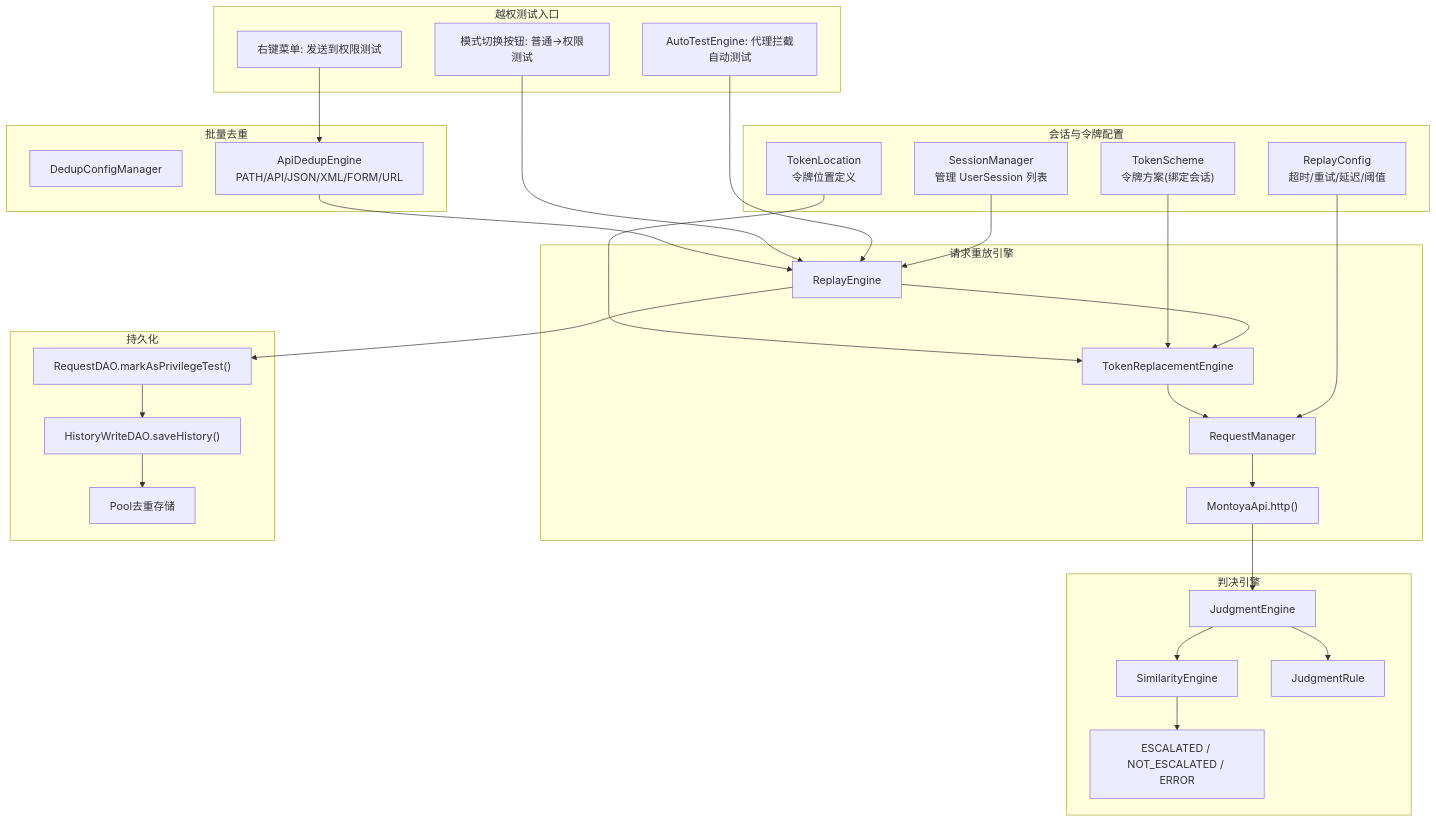
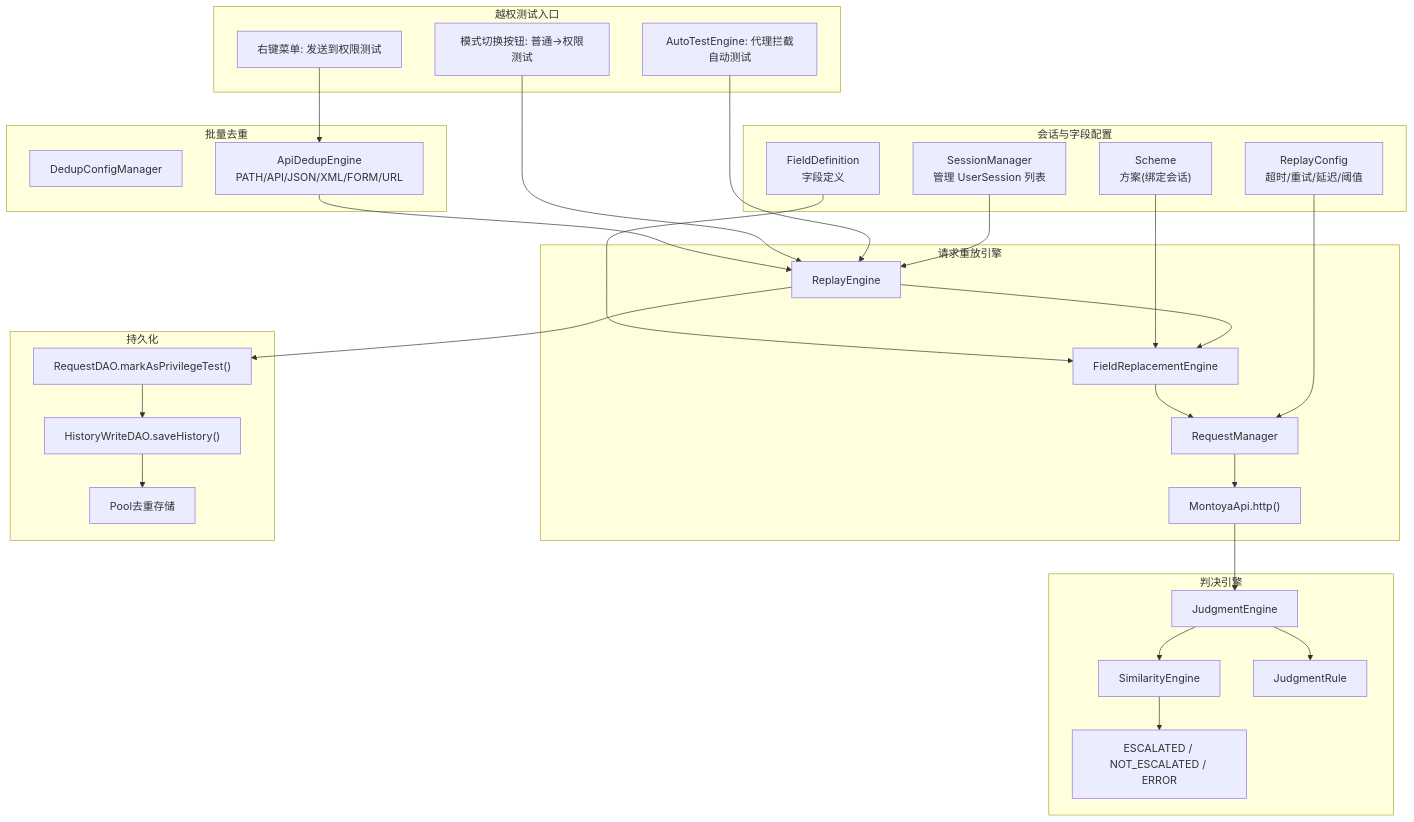
The ninth of 28 diagrams in doc/data_flow_analysis.md (GitHubNull/repeaterManger), drawn with Mermaid before and after one commit. The commit also changed other lines of this file and 72 other files, not shown here.

First line of the commit message:
feat(privilege): TokenScheme/TokenLocation 重构为 Scheme/FieldDefinition 体系

````diff
--- a/doc/data_flow_analysis.md
+++ b/doc/data_flow_analysis.md
@@ -380,52 +380,52 @@
 ```mermaid
 graph TB
     subgraph 入口["越权测试入口"]
         A1["右键菜单: 发送到权限测试"]
         A2["模式切换按钮: 普通→权限测试"]
         A3["AutoTestEngine: 代理拦截自动测试"]
     end
 
-    subgraph 配置["会话与令牌配置"]
+    subgraph 配置["会话与字段配置"]
         B1["SessionManager<br/>管理 UserSession 列表"]
-        B2["TokenLocation<br/>令牌位置定义"]
-        B3["TokenScheme<br/>令牌方案(绑定会话)"]
+        B2["FieldDefinition<br/>字段定义"]
+        B3["Scheme<br/>方案(绑定会话)"]
         B4["ReplayConfig<br/>超时/重试/延迟/阈值"]
     end
 
     subgraph 去重["批量去重"]
         C1["DedupConfigManager"]
         C2["ApiDedupEngine<br/>PATH/API/JSON/XML/FORM/URL"]
     end
 
     subgraph 重放["请求重放引擎"]
         D1["ReplayEngine"]
-        D2["TokenReplacementEngine"]
+        D2["FieldReplacementEngine"]
         D3["RequestManager"]
         D4["MontoyaApi.http()"]
     end
 
     subgraph 判断["判决引擎"]
         E1["JudgmentEngine"]
         E2["SimilarityEngine"]
         E3["JudgmentRule"]
         E4["ESCALATED / NOT_ESCALATED / ERROR"]
     end
 
     subgraph 存储["持久化"]
         F1["RequestDAO.markAsPrivilegeTest()"]
         F2["HistoryWriteDAO.saveHistory()"]
         F3["Pool去重存储"]
     end
 
     A1 --> C2 --> D1
     A2 --> D1
     A3 --> D1
     B1 --> D1
     B2 --> D2
     B3 --> D2
     D1 --> D2 --> D3 --> D4
     D4 --> E1 --> E2 --> E4
     E1 --> E3
     D1 --> F1 --> F2 --> F3
     B4 --> D3
 ```
````
